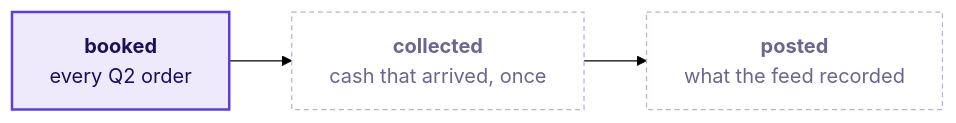
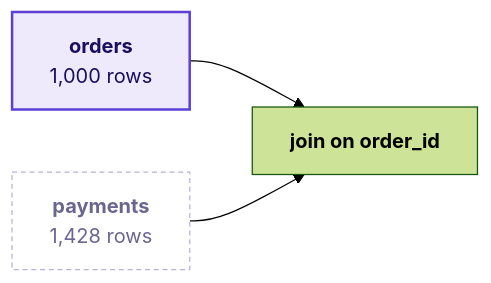
One commit to fde-academy-lab/c2-content-factory changed the fourth of 25 diagrams in content/W02/D2/slides/C2_W02_D02_half1_STUDENT.md. Above: the diagram before and after it, drawn with Mermaid (forest theme). The commit also changed other lines of this file and 11 other files, not shown here.

````diff
--- a/content/W02/D2/slides/C2_W02_D02_half1_STUDENT.md
+++ b/content/W02/D2/slides/C2_W02_D02_half1_STUDENT.md
@@ -83,9 +305,9 @@
 ```mermaid
 flowchart LR
-    B["<b>booked</b><br/>every Q2 order"] --> C["<b>collected</b><br/>cash that arrived, once"]
-    C --> P["<b>posted</b><br/>what the feed recorded"]
+    O["<b>orders</b><br/>1,000 rows"] --> J["<b>join on order_id</b>"]
+    P["<b>payments</b><br/>1,428 rows"] --> J
     classDef known fill:#EEEAFB,stroke:#5B3FD6,color:#1A0F5C,stroke-width:2px
     classDef unknown fill:#FFFFFF,stroke:#B8B2D6,color:#6B6690,stroke-dasharray:4 3
-    class B known
-    class C,P unknown
+    class O known
+    class P unknown
 ```
````
